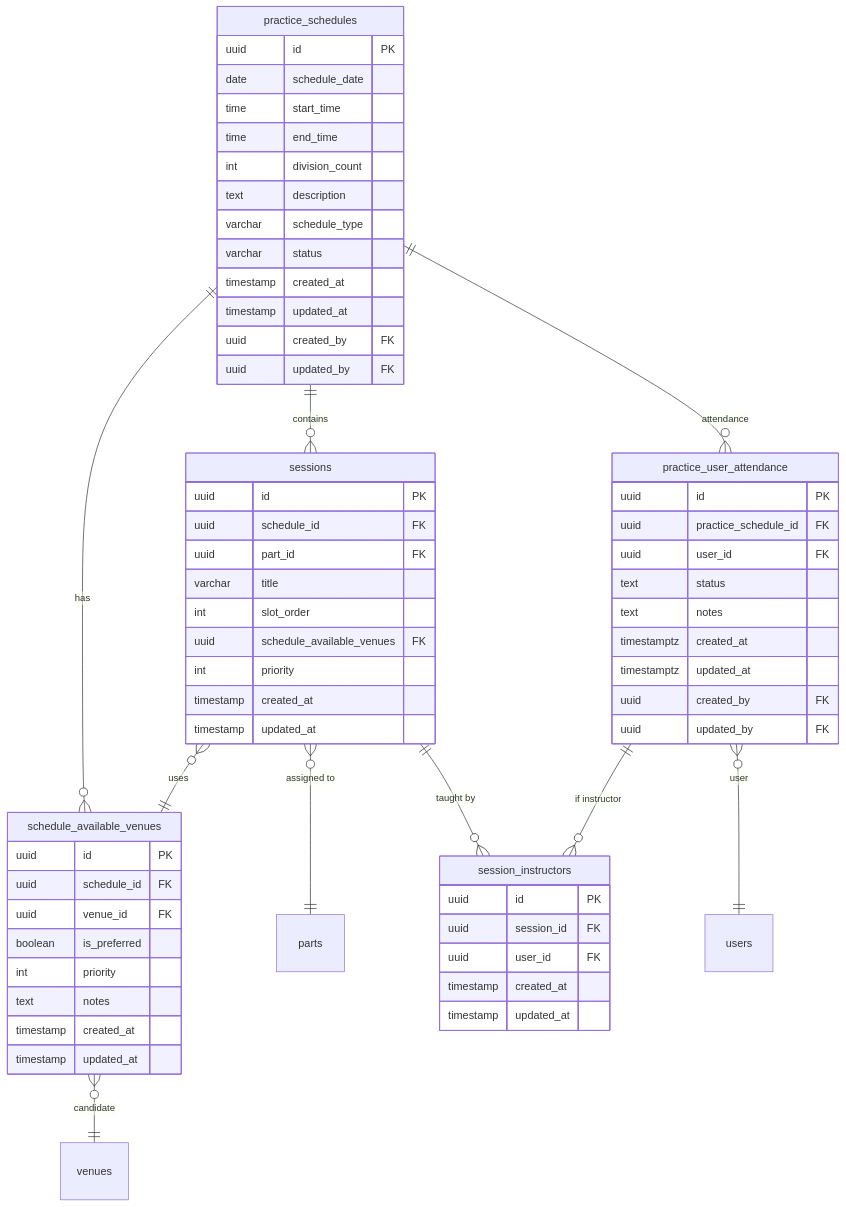
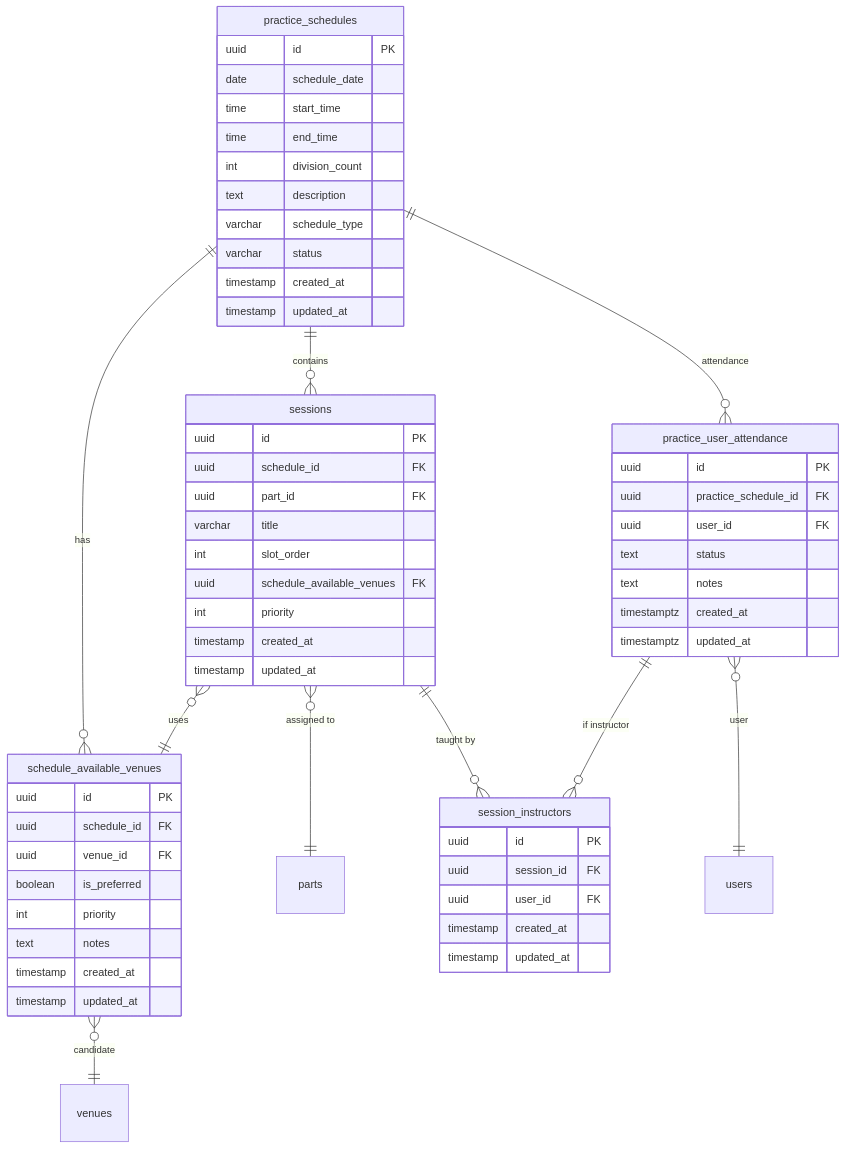
The diagram in tickets/phase_1/backend/BACK-DB-001/BACK-DB-001.3/README.md (NowatariSoma/tomosigoto_nou_system), drawn with Mermaid before and after one commit. The commit also changed 2 other files, not shown here.

Commit message:
[FIX] SQL修正

````diff
--- a/tickets/phase_1/backend/BACK-DB-001/BACK-DB-001.3/README.md
+++ b/tickets/phase_1/backend/BACK-DB-001/BACK-DB-001.3/README.md
@@ -84,78 +84,74 @@
 ```mermaid
 erDiagram
     %% -------------------------
     %% Core tables
     %% -------------------------
     practice_schedules {
         uuid id PK
         date schedule_date
         time start_time
         time end_time
         int division_count
         text description
         varchar schedule_type
         varchar status
         timestamp created_at
         timestamp updated_at
-        uuid created_by FK
-        uuid updated_by FK
     }
 
     schedule_available_venues {
         uuid id PK
         uuid schedule_id FK
         uuid venue_id FK
         boolean is_preferred
         int priority
         text notes
         timestamp created_at
         timestamp updated_at
     }
 
     sessions {
         uuid id PK
         uuid schedule_id FK
         uuid part_id FK
         varchar title
         int slot_order
         uuid schedule_available_venues FK
         int priority
         timestamp created_at
         timestamp updated_at
     }
 
     session_instructors {
         uuid id PK
         uuid session_id FK
         uuid user_id FK
         timestamp created_at
         timestamp updated_at
     }
 
     practice_user_attendance {
         uuid id PK
         uuid practice_schedule_id FK
         uuid user_id FK
         text status
         text notes
         timestamptz created_at
         timestamptz updated_at
-        uuid created_by FK
-        uuid updated_by FK
     }
 
     %% -------------------------
     %% Relations
     %% -------------------------
     practice_schedules ||--o{ schedule_available_venues : "has"
     practice_schedules ||--o{ sessions : "contains"
     practice_schedules ||--o{ practice_user_attendance : "attendance"
 
     schedule_available_venues }o--|| venues : "candidate"
     sessions }o--|| schedule_available_venues : "uses"
     sessions }o--|| parts : "assigned to"
     sessions ||--o{ session_instructors : "taught by"
 
     practice_user_attendance ||--o{ session_instructors : "if instructor"
     practice_user_attendance }o--|| users : "user"
 ```
````
